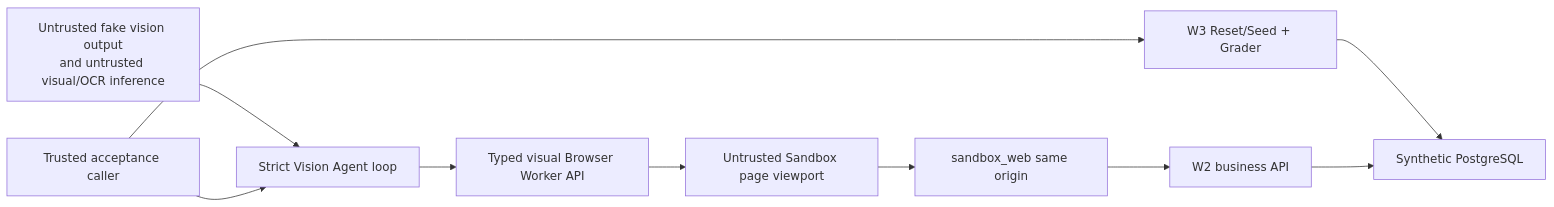
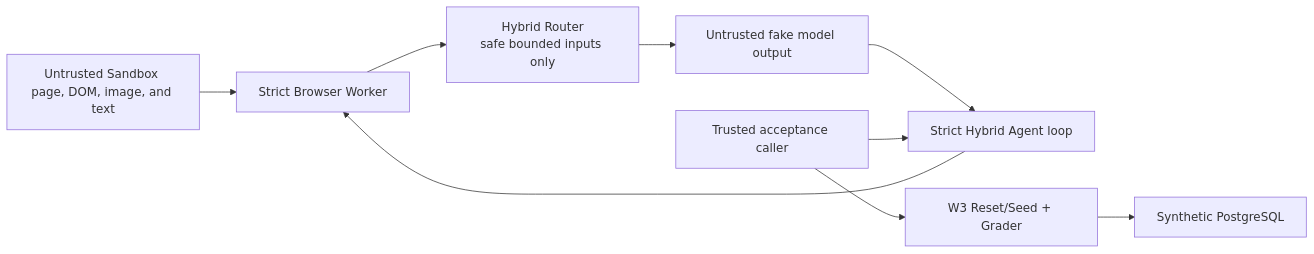
The diagram in docs/threat-model.md (taka-wzx/flowpilot-arena), drawn with Mermaid before and after one commit. The commit also changed other lines of this file and 41 other files, not shown here.

Commit message:
feat: add bounded hybrid router

```diff
--- a/docs/threat-model.md
+++ b/docs/threat-model.md
@@ -18,12 +18,11 @@
 ~~~mermaid
 flowchart LR
-    Model["Untrusted fake vision output<br/>and untrusted visual/OCR inference"] --> Vision["Strict Vision Agent loop"]
-    Vision --> Worker["Typed visual Browser Worker API"]
-    Worker --> Page["Untrusted Sandbox page viewport"]
-    Page --> Web["sandbox_web same origin"]
-    Web --> API["W2 business API"]
+    Page["Untrusted Sandbox page, DOM, image, and text"] --> Worker["Strict Browser Worker"]
+    Worker --> Router["Hybrid Router<br/>safe bounded inputs only"]
+    Router --> Model["Untrusted fake model output"]
+    Model --> Agent["Strict Hybrid Agent loop"]
+    Agent --> Worker
     Caller["Trusted acceptance caller"] --> Arena["W3 Reset/Seed + Grader"]
-    Caller --> Vision
+    Caller --> Agent
     Arena --> DB["Synthetic PostgreSQL"]
-    API --> DB
 ~~~
```
